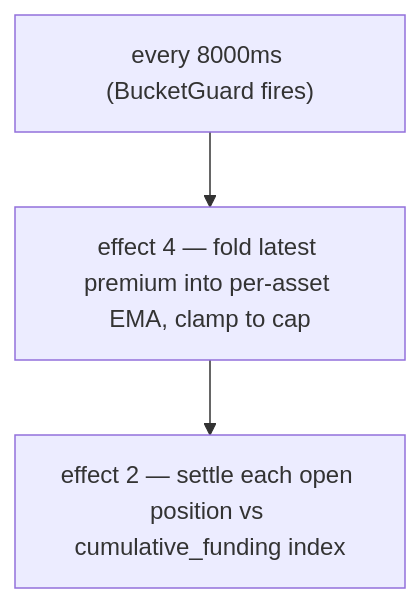
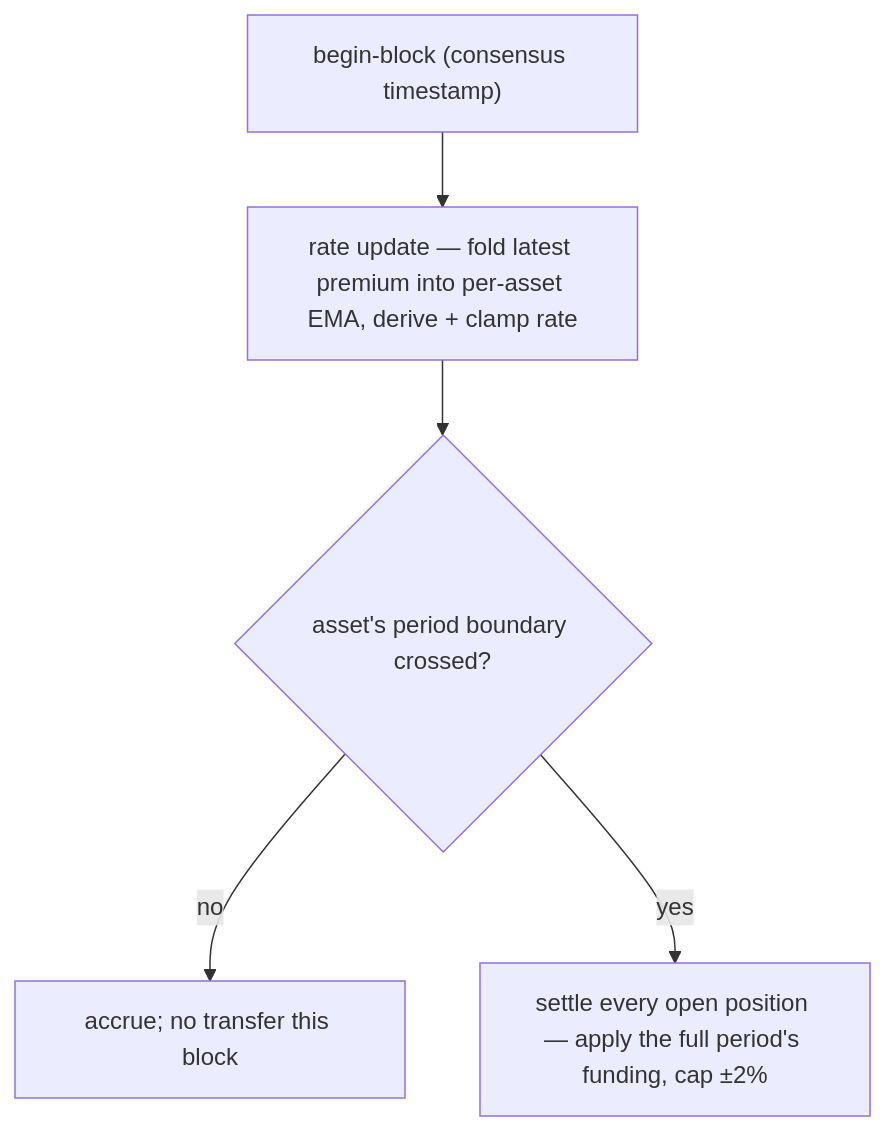
Before and after one commit to mtf-exchange/metaflux-knowledges: the diagram in docs/concepts/funding-rates.md, drawn with Mermaid. The commit also changed other lines of this file and 10 other files, not shown here.

````diff
--- a/docs/concepts/funding-rates.md
+++ b/docs/concepts/funding-rates.md
@@ -110,5 +114,7 @@
 ```mermaid
 flowchart TD
-    Tick["every 8000ms (BucketGuard fires)"] --> E4["effect 4 — fold latest premium into per-asset EMA, clamp to cap"]
-    E4 --> E2["effect 2 — settle each open position vs cumulative_funding index"]
+    Tick["begin-block (consensus timestamp)"] --> RU["rate update — fold latest premium into per-asset EMA, derive + clamp rate"]
+    RU --> B{"asset's period boundary crossed?"}
+    B -- "no" --> Skip["accrue; no transfer this block"]
+    B -- "yes" --> Settle["settle every open position — apply the full period's funding, cap ±2%"]
 ```
````
